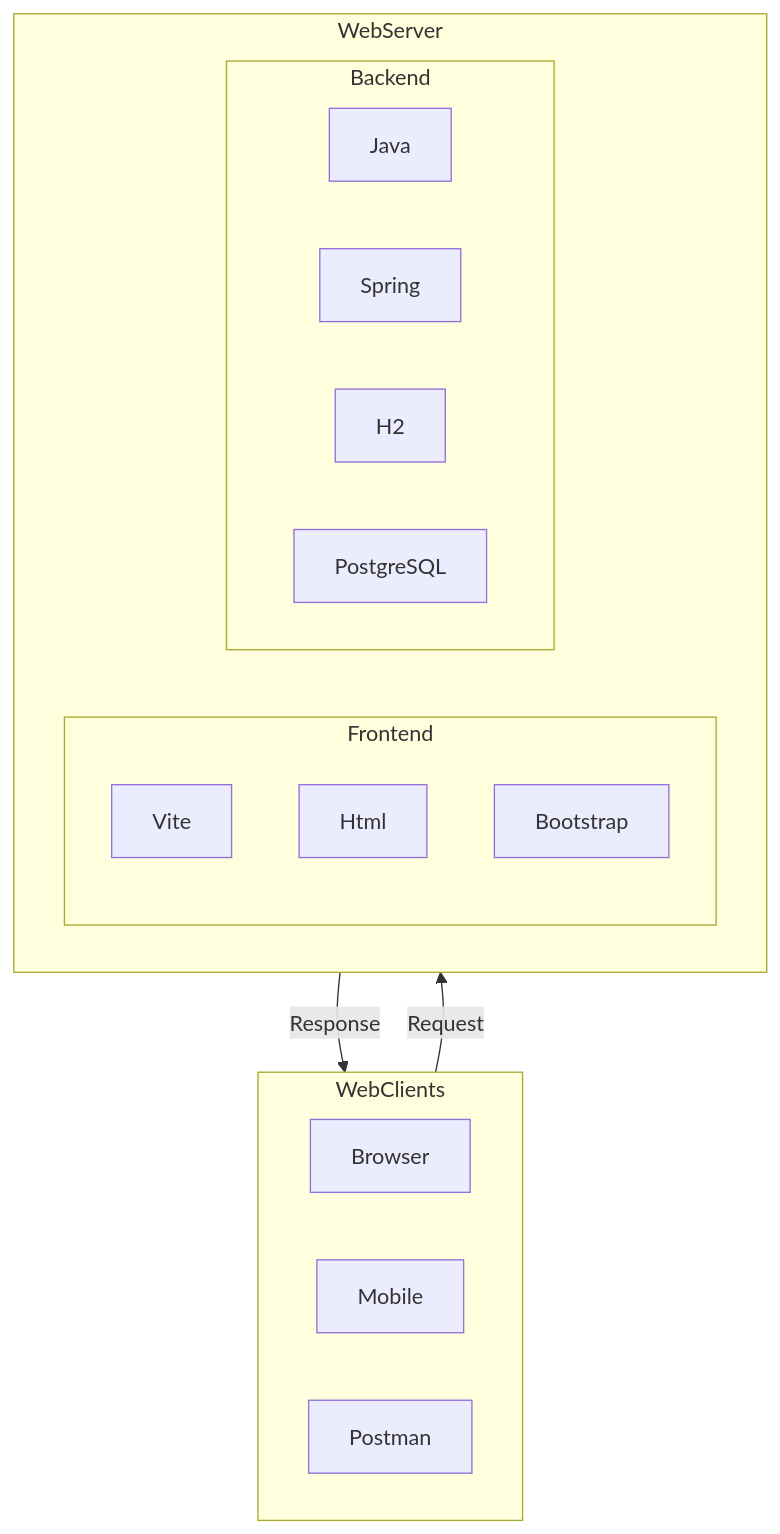
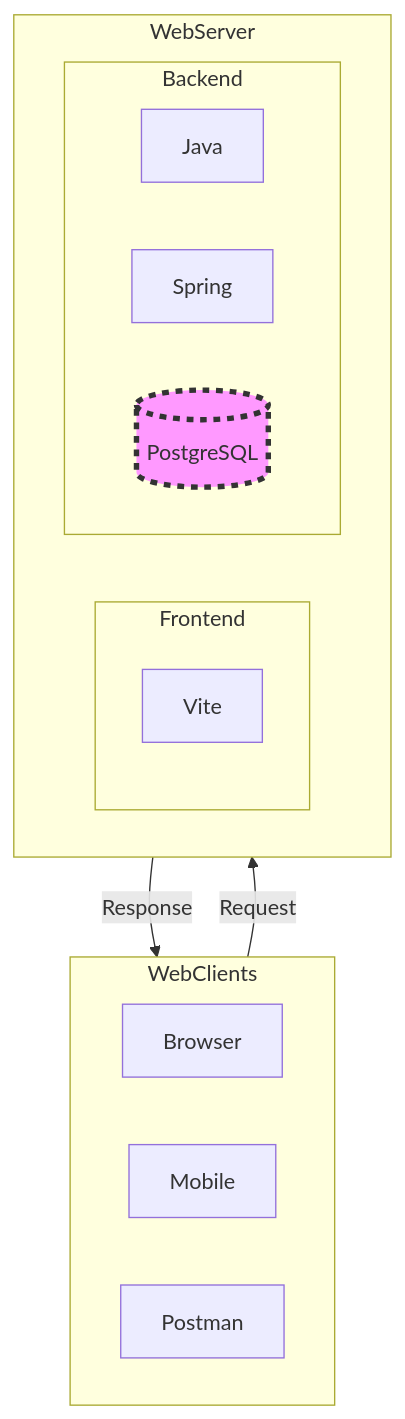
Before and after one commit to software-development-project-1/project-template: the first of 2 diagrams in README.md, drawn with Mermaid.

````diff
--- a/README.md
+++ b/README.md
@@ -61,29 +61,27 @@
 ```mermaid
 graph TD;
     WebClients((Web Clients)) -->|Request| WebServer((Web Server));
     WebServer -->|Response| WebClients;
 
     subgraph WebClients
         Browser[Browser]
         Mobile[Mobile]
         Postman[Postman]
     end
 
     subgraph WebServer
         Frontend[Frontend]
         Backend[Backend]
     end
 
     subgraph Frontend
         Vite[Vite]
-        Html[Html]
-        Bootstrap[Bootstrap]
     end
 
     subgraph Backend
         Java[Java]
         Spring[Spring]
-        H2[H2]
-        PostgreSQL[PostgreSQL]
+        id1[(PostgreSQL)]
     end
+style id1 fill:#f9f,stroke:#333,stroke-width:4px,stroke-dasharray: 5, 5;
  ```
````
